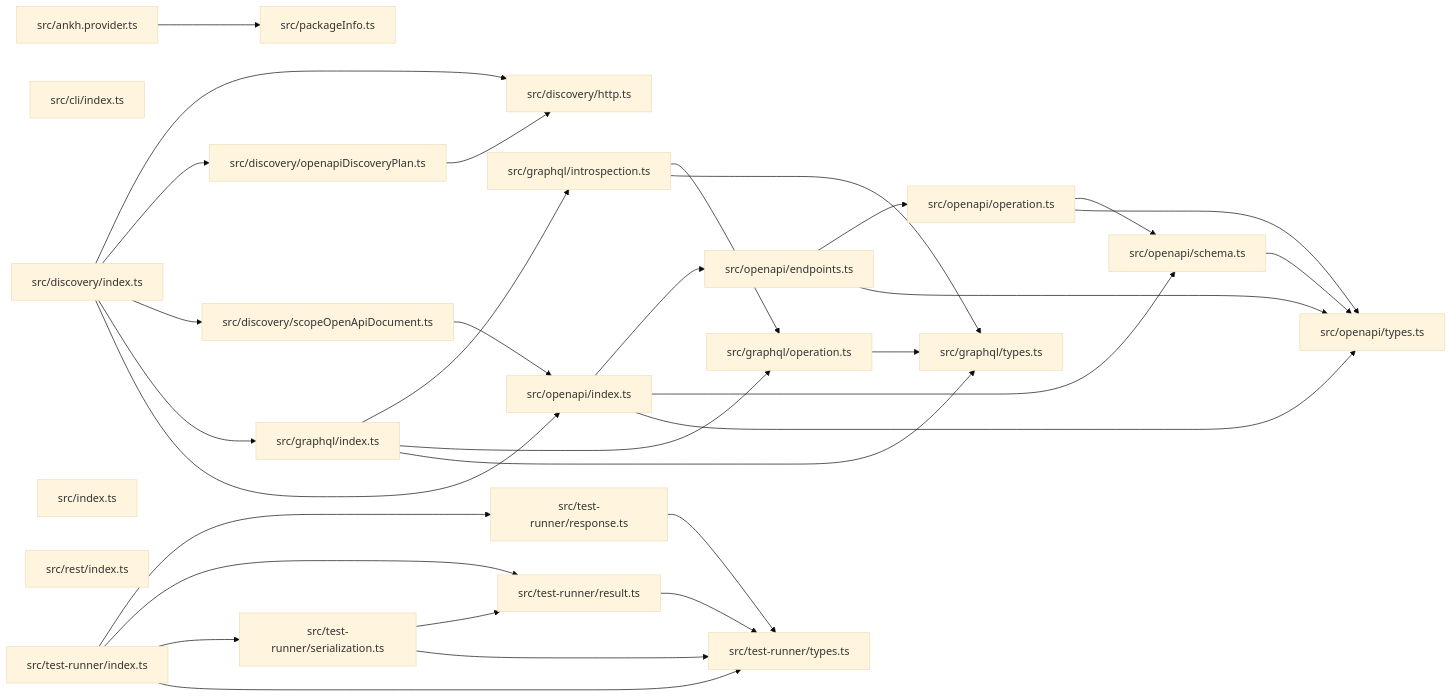
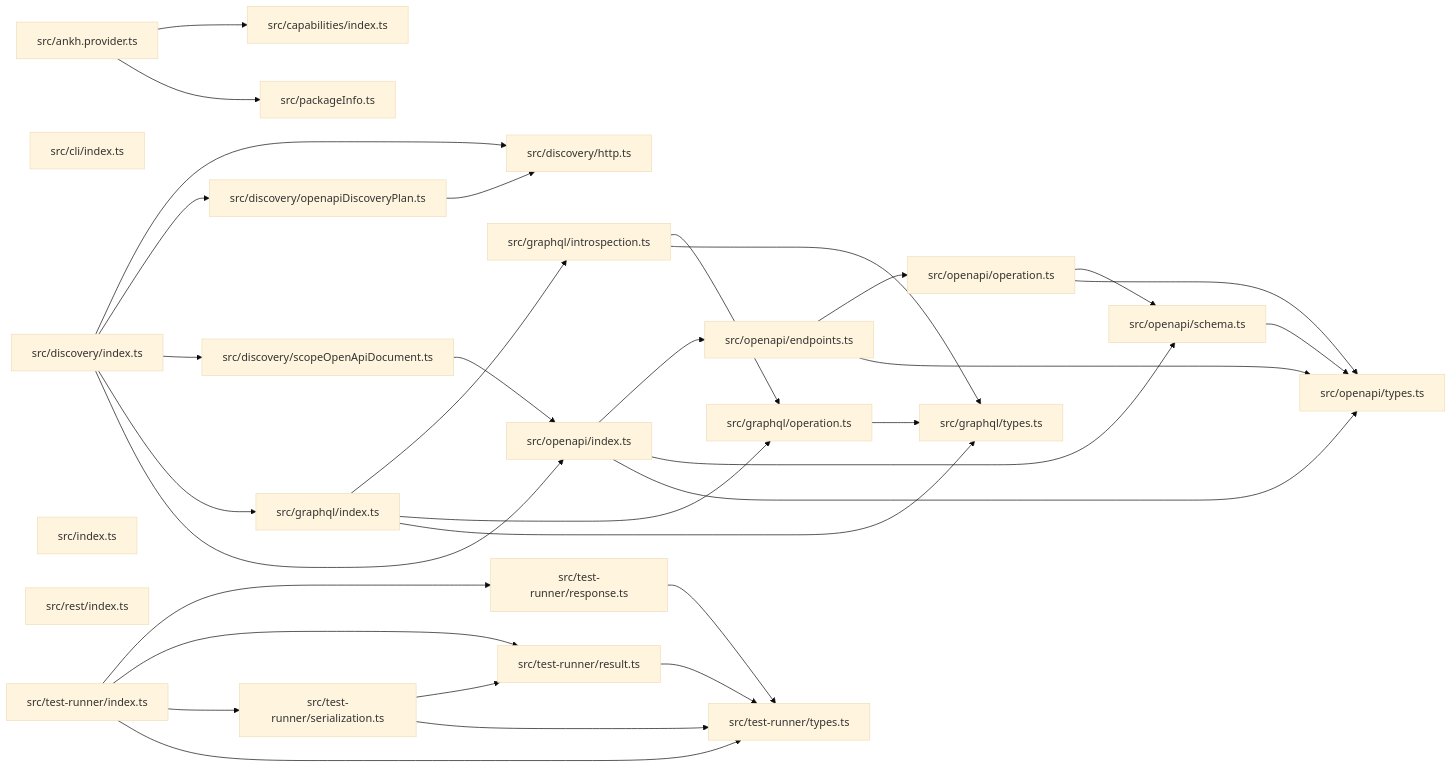
The diagram in paradox/diagrams/module-relationships.mmd (ankhorage/data-sources), drawn with Mermaid (base theme) before and after one commit. The commit also changed 9 other files, not shown here.

```diff
--- a/paradox/diagrams/module-relationships.mmd
+++ b/paradox/diagrams/module-relationships.mmd
@@ -1,54 +1,56 @@
 graph LR
   module_src_ankh_provider_ts["src/ankh.provider.ts"]
+  module_src_capabilities_index_ts["src/capabilities/index.ts"]
   module_src_cli_index_ts["src/cli/index.ts"]
   module_src_discovery_http_ts["src/discovery/http.ts"]
   module_src_discovery_index_ts["src/discovery/index.ts"]
   module_src_discovery_openapiDiscoveryPlan_ts["src/discovery/openapiDiscoveryPlan.ts"]
   module_src_discovery_scopeOpenApiDocument_ts["src/discovery/scopeOpenApiDocument.ts"]
   module_src_graphql_index_ts["src/graphql/index.ts"]
   module_src_graphql_introspection_ts["src/graphql/introspection.ts"]
   module_src_graphql_operation_ts["src/graphql/operation.ts"]
   module_src_graphql_types_ts["src/graphql/types.ts"]
   module_src_index_ts["src/index.ts"]
   module_src_openapi_endpoints_ts["src/openapi/endpoints.ts"]
   module_src_openapi_index_ts["src/openapi/index.ts"]
   module_src_openapi_operation_ts["src/openapi/operation.ts"]
   module_src_openapi_schema_ts["src/openapi/schema.ts"]
   module_src_openapi_types_ts["src/openapi/types.ts"]
   module_src_packageInfo_ts["src/packageInfo.ts"]
   module_src_rest_index_ts["src/rest/index.ts"]
   module_src_test_runner_index_ts["src/test-runner/index.ts"]
   module_src_test_runner_response_ts["src/test-runner/response.ts"]
   module_src_test_runner_result_ts["src/test-runner/result.ts"]
   module_src_test_runner_serialization_ts["src/test-runner/serialization.ts"]
   module_src_test_runner_types_ts["src/test-runner/types.ts"]
+  module_src_ankh_provider_ts --> module_src_capabilities_index_ts
   module_src_ankh_provider_ts --> module_src_packageInfo_ts
   module_src_discovery_index_ts --> module_src_discovery_http_ts
   module_src_discovery_index_ts --> module_src_discovery_openapiDiscoveryPlan_ts
   module_src_discovery_index_ts --> module_src_discovery_scopeOpenApiDocument_ts
   module_src_discovery_index_ts --> module_src_graphql_index_ts
   module_src_discovery_index_ts --> module_src_openapi_index_ts
   module_src_discovery_openapiDiscoveryPlan_ts --> module_src_discovery_http_ts
   module_src_discovery_scopeOpenApiDocument_ts --> module_src_openapi_index_ts
   module_src_graphql_index_ts --> module_src_graphql_introspection_ts
   module_src_graphql_index_ts --> module_src_graphql_operation_ts
   module_src_graphql_index_ts --> module_src_graphql_types_ts
   module_src_graphql_introspection_ts --> module_src_graphql_operation_ts
   module_src_graphql_introspection_ts --> module_src_graphql_types_ts
   module_src_graphql_operation_ts --> module_src_graphql_types_ts
   module_src_openapi_endpoints_ts --> module_src_openapi_operation_ts
   module_src_openapi_endpoints_ts --> module_src_openapi_types_ts
   module_src_openapi_index_ts --> module_src_openapi_endpoints_ts
   module_src_openapi_index_ts --> module_src_openapi_schema_ts
   module_src_openapi_index_ts --> module_src_openapi_types_ts
   module_src_openapi_operation_ts --> module_src_openapi_schema_ts
   module_src_openapi_operation_ts --> module_src_openapi_types_ts
   module_src_openapi_schema_ts --> module_src_openapi_types_ts
   module_src_test_runner_index_ts --> module_src_test_runner_response_ts
   module_src_test_runner_index_ts --> module_src_test_runner_result_ts
   module_src_test_runner_index_ts --> module_src_test_runner_serialization_ts
   module_src_test_runner_index_ts --> module_src_test_runner_types_ts
   module_src_test_runner_response_ts --> module_src_test_runner_types_ts
   module_src_test_runner_result_ts --> module_src_test_runner_types_ts
   module_src_test_runner_serialization_ts --> module_src_test_runner_result_ts
   module_src_test_runner_serialization_ts --> module_src_test_runner_types_ts
```
